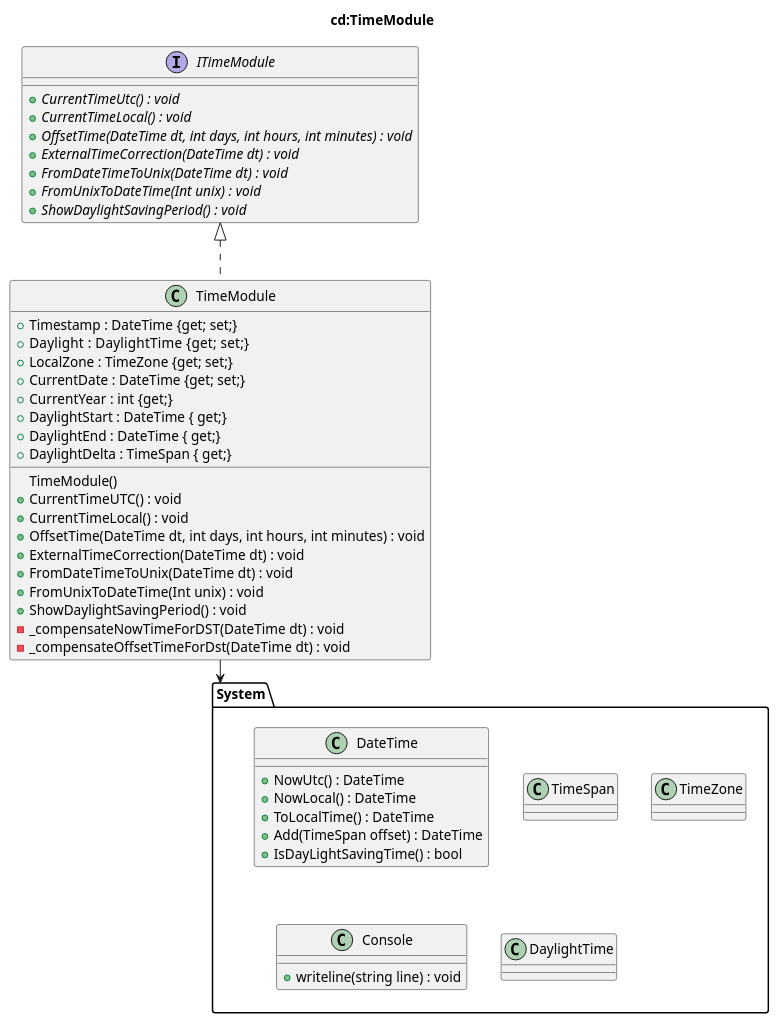
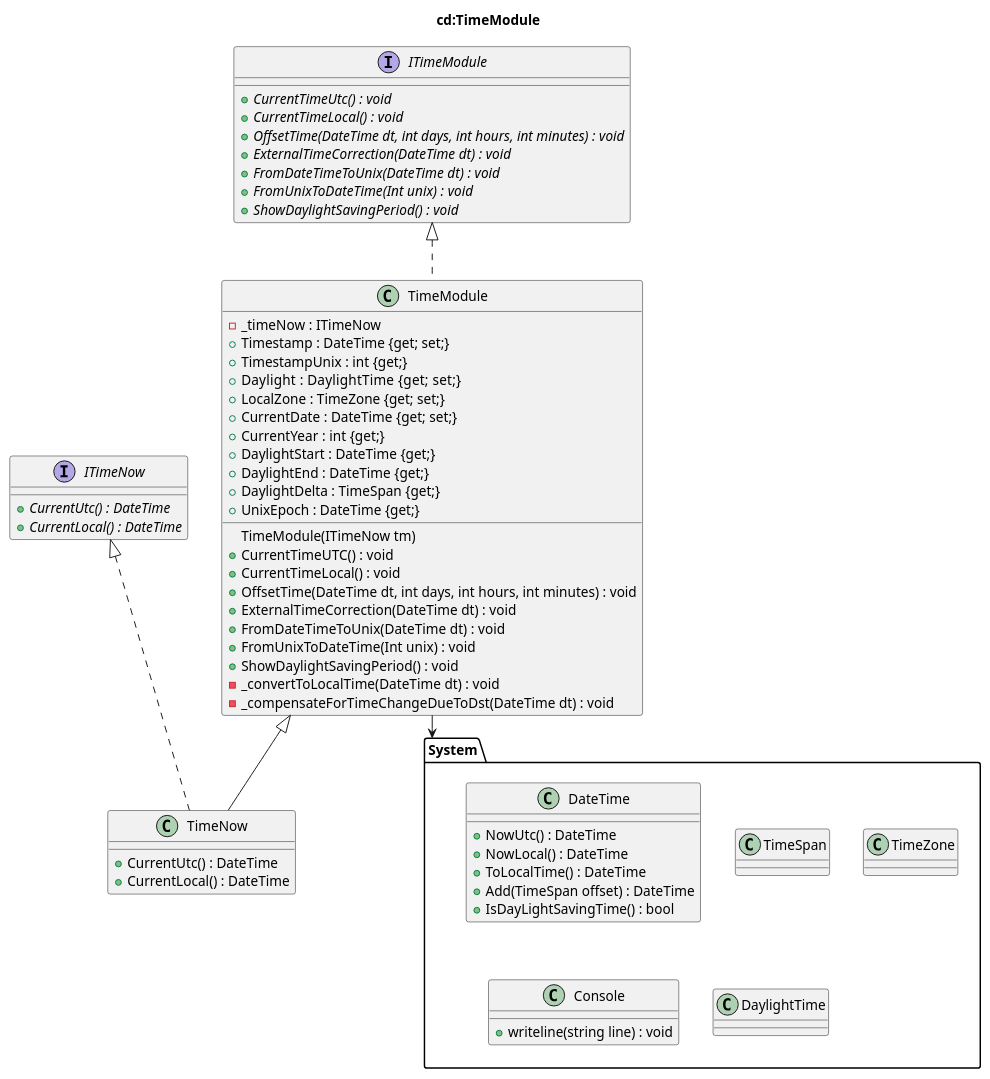
One commit to VintherWolf/time-module changed the diagram in cd_no_dst_dt.puml. Above: the diagram before and after it, drawn with PlantUML. The commit also changed 6 other files, not shown here.

Commit message:
Add TimeNow interface and class

```diff
--- a/cd_no_dst_dt.puml
+++ b/cd_no_dst_dt.puml
@@ -1,80 +1,95 @@
 @startuml cd_no_dst_dt
 title cd:TimeModule
 
 '==================
 ' Interfaces
 '==================
 interface ITimeModule {
-    'Methods
     + {abstract} CurrentTimeUtc() : void
     + {abstract} CurrentTimeLocal() : void
     + {abstract} OffsetTime(DateTime dt, int days, int hours, int minutes) : void
     + {abstract} ExternalTimeCorrection(DateTime dt) : void
     + {abstract} FromDateTimeToUnix(DateTime dt) : void
     + {abstract} FromUnixToDateTime(Int unix) : void
     + {abstract} ShowDaylightSavingPeriod() : void
 }
 
+interface ITimeNow {
+    + {abstract} CurrentUtc() : DateTime
+    + {abstract} CurrentLocal() : DateTime
+}
+
 '==================
 ' Classes
 '==================
 class TimeModule implements ITimeModule {
+    'Instances
+    - _timeNow : ITimeNow
     'Fields/Attributes
     + Timestamp : DateTime {get; set;}
+    + TimestampUnix : int {get;}
     + Daylight  : DaylightTime  {get; set;}
     + LocalZone : TimeZone {get; set;}
     + CurrentDate : DateTime {get; set;}
     + CurrentYear : int {get;}
-    + DaylightStart : DateTime { get;}
-    + DaylightEnd : DateTime { get;}
-    + DaylightDelta : TimeSpan { get;}
+    + DaylightStart : DateTime {get;}
+    + DaylightEnd : DateTime {get;}
+    + DaylightDelta : TimeSpan {get;}
+    + UnixEpoch : DateTime {get;}
 
     'Methods
-    TimeModule()
+    TimeModule(ITimeNow tm)
     + CurrentTimeUTC() : void
     + CurrentTimeLocal() : void
     + OffsetTime(DateTime dt, int days, int hours, int minutes) : void
     + ExternalTimeCorrection(DateTime dt) : void
     + FromDateTimeToUnix(DateTime dt) : void
     + FromUnixToDateTime(Int unix) : void
     + ShowDaylightSavingPeriod() : void
-    - _compensateNowTimeForDST(DateTime dt) : void
-    - _compensateOffsetTimeForDst(DateTime dt) : void
+    - _convertToLocalTime(DateTime dt) : void
+    - _compensateForTimeChangeDueToDst(DateTime dt) : void
+}
+
+class TimeNow implements ITimeNow {
+    'Methods
+    + CurrentUtc() : DateTime
+    + CurrentLocal() : DateTime
 }
 
 '==================
 ' External Packages
 '==================
 package System {
 
     class DateTime {
     + NowUtc() : DateTime
     + NowLocal() : DateTime
     + ToLocalTime() : DateTime
     + Add(TimeSpan offset) : DateTime
     + IsDayLightSavingTime() : bool
     }
 
     class TimeSpan {
 
     }
 
     class TimeZone {
         'Deprecated: TODO replace with TimeZoneInfo
     }
 
     class Console {
        + writeline(string line) : void
     }
 
     class DaylightTime {
     }
 }
 
 '==================
 ' Connections
 '==================
 
 TimeModule --> System
+TimeModule <|-- TimeNow
 
 @enduml
```
